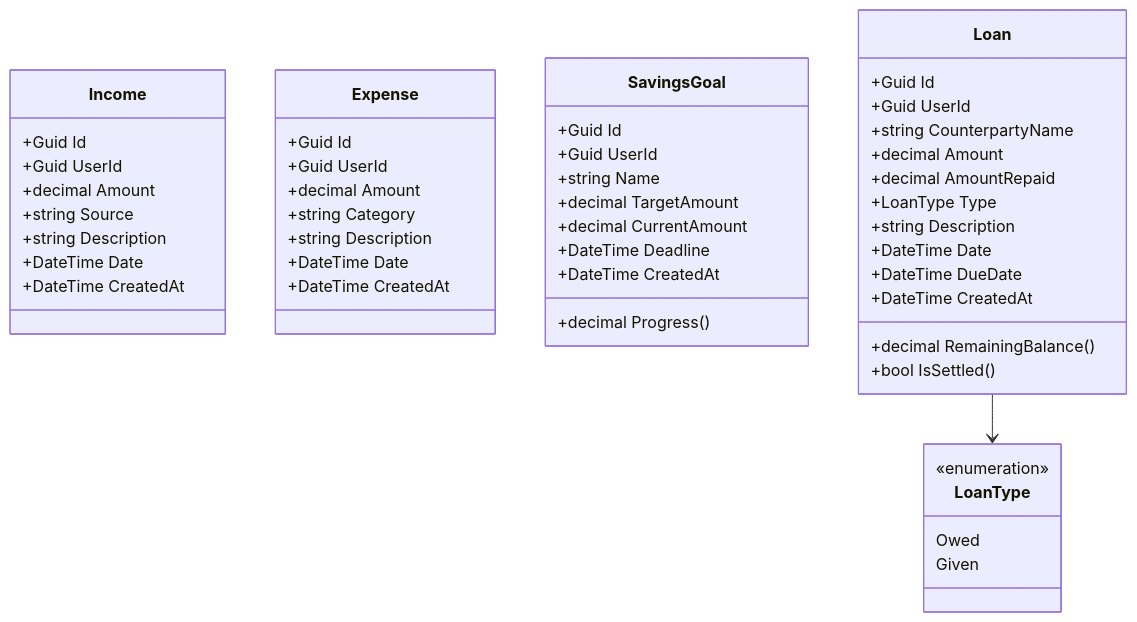
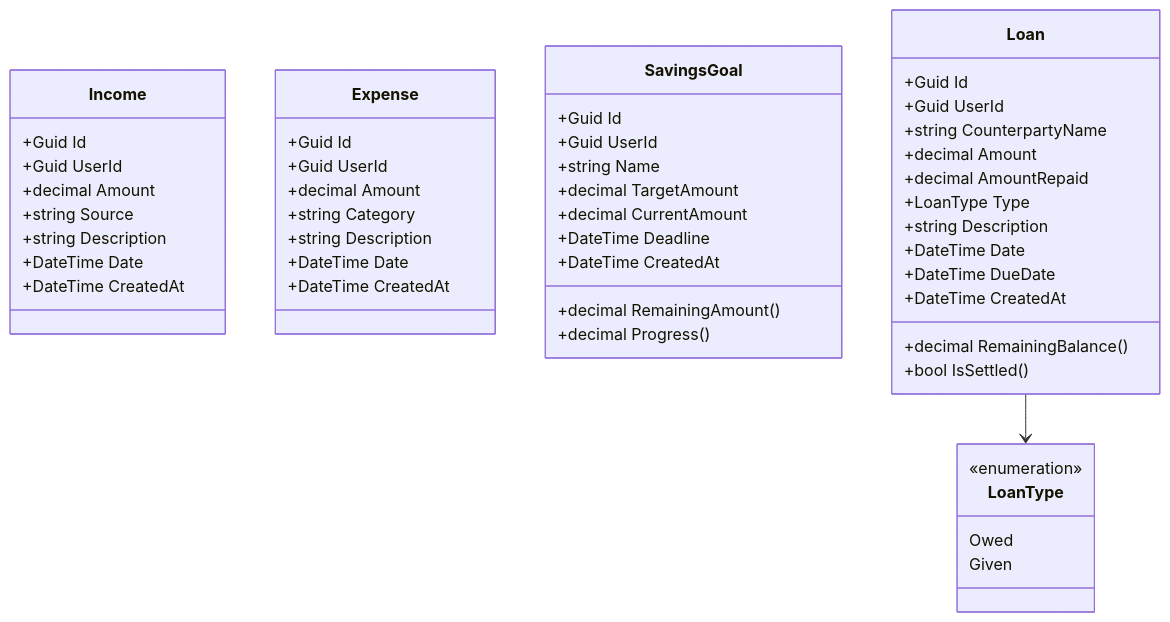
One commit to dev-personal-projects/vela changed the third of 11 diagrams in docs/TRD.md. Above: the diagram before and after it, drawn with Mermaid. The commit also changed other lines of this file and 11 other files, not shown here.

First line of the commit message:
✨ feat: add remaining amount to savings goals in GraphQL API

````diff
--- a/docs/TRD.md
+++ b/docs/TRD.md
@@ -108,56 +108,57 @@
 ```mermaid
 classDiagram
     class Income {
         +Guid Id
         +Guid UserId
         +decimal Amount
         +string Source
         +string Description
         +DateTime Date
         +DateTime CreatedAt
     }
 
     class Expense {
         +Guid Id
         +Guid UserId
         +decimal Amount
         +string Category
         +string Description
         +DateTime Date
         +DateTime CreatedAt
     }
 
     class SavingsGoal {
         +Guid Id
         +Guid UserId
         +string Name
         +decimal TargetAmount
         +decimal CurrentAmount
+        +decimal RemainingAmount()
         +DateTime Deadline
         +DateTime CreatedAt
         +decimal Progress()
     }
 
     class Loan {
         +Guid Id
         +Guid UserId
         +string CounterpartyName
         +decimal Amount
         +decimal AmountRepaid
         +LoanType Type
         +string Description
         +DateTime Date
         +DateTime DueDate
         +DateTime CreatedAt
         +decimal RemainingBalance()
         +bool IsSettled()
     }
 
     class LoanType {
         <<enumeration>>
         Owed
         Given
     }
 
     Loan --> LoanType
 ```
````
